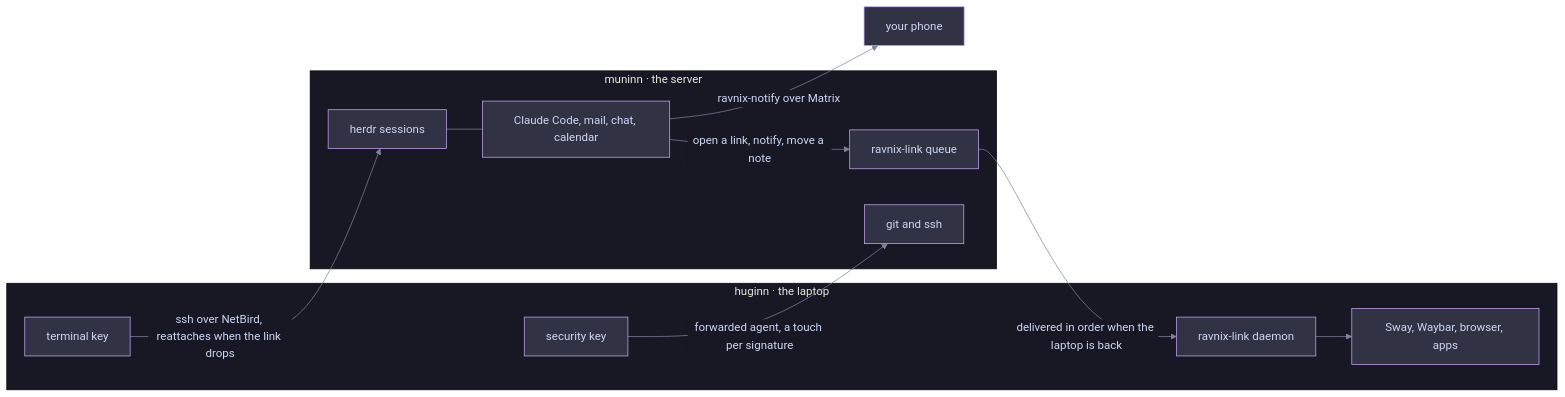
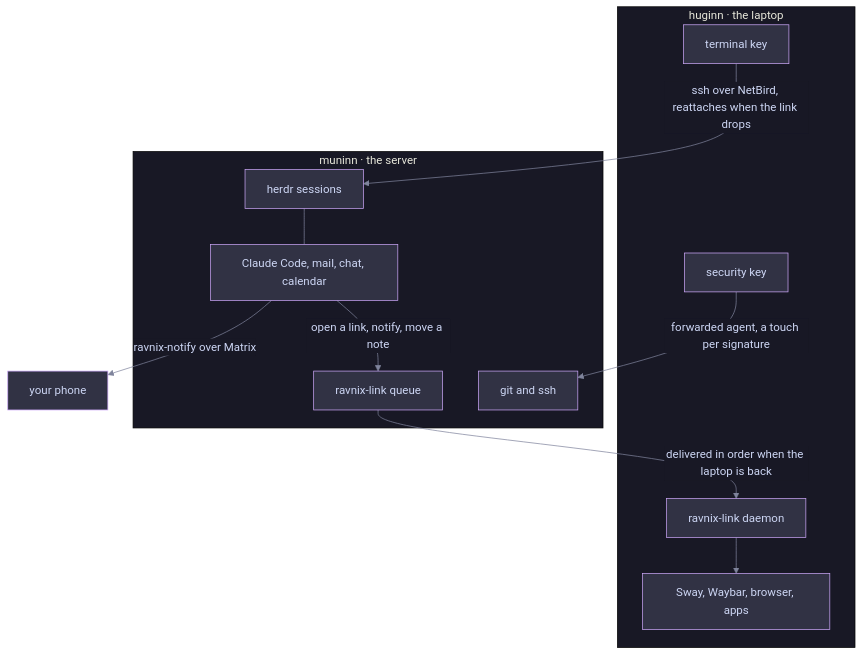
Before and after one commit to nemesis398/ravnix: the diagram in README.md, drawn with Mermaid.

Commit message:
docs(readme): draw the diagram top to bottom
GitHub scales a left-to-right diagram to the README's width, which
shrank the boxes to unreadable and pushed the phone off the edge. Top
to bottom fits the column.

````diff
--- a/README.md
+++ b/README.md
@@ -49,24 +49,24 @@
 ```mermaid
 %%{init: {"theme": "base", "themeVariables": {"background": "#1e1e2e", "primaryColor": "#313244", "primaryTextColor": "#cdd6f4", "primaryBorderColor": "#cba6f7", "lineColor": "#7f849c", "secondaryColor": "#181825", "tertiaryColor": "#181825", "fontFamily": "JetBrainsMono Nerd Font, ui-monospace, monospace"}}}%%
-flowchart LR
+flowchart TB
   subgraph huginn["huginn · the laptop"]
     desktop["Sway, Waybar, browser, apps"]
     term["terminal key"]
     linkd["ravnix-link daemon"]
     key["security key"]
   end
   subgraph muninn["muninn · the server"]
     herdr["herdr sessions"]
     work["Claude Code, mail, chat, calendar"]
     queue["ravnix-link queue"]
     git["git and ssh"]
   end
   phone["your phone"]
   term -- "ssh over NetBird, reattaches when the link drops" --> herdr
   herdr --- work
   work -- "open a link, notify, move a note" --> queue
   queue -- "delivered in order when the laptop is back" --> linkd
   linkd --> desktop
   key -- "forwarded agent, a touch per signature" --> git
   work -- "ravnix-notify over Matrix" --> phone
 ```
````
